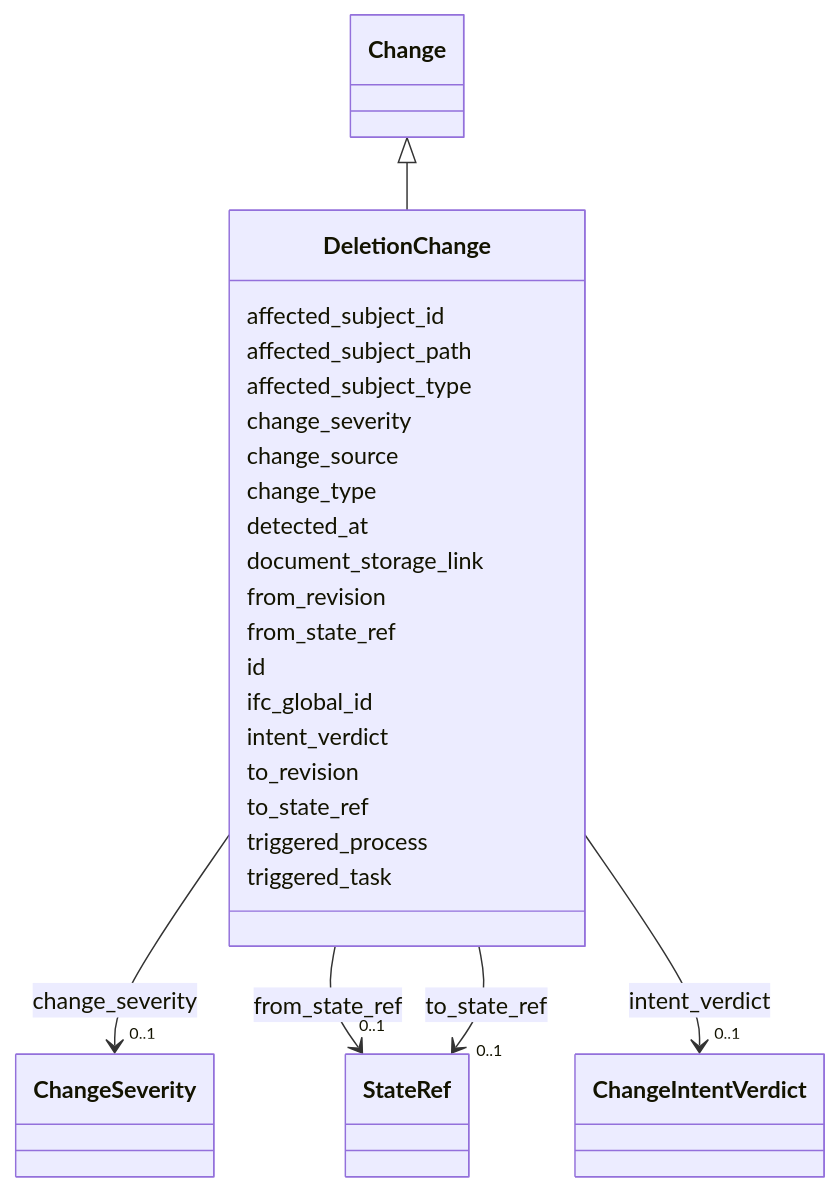
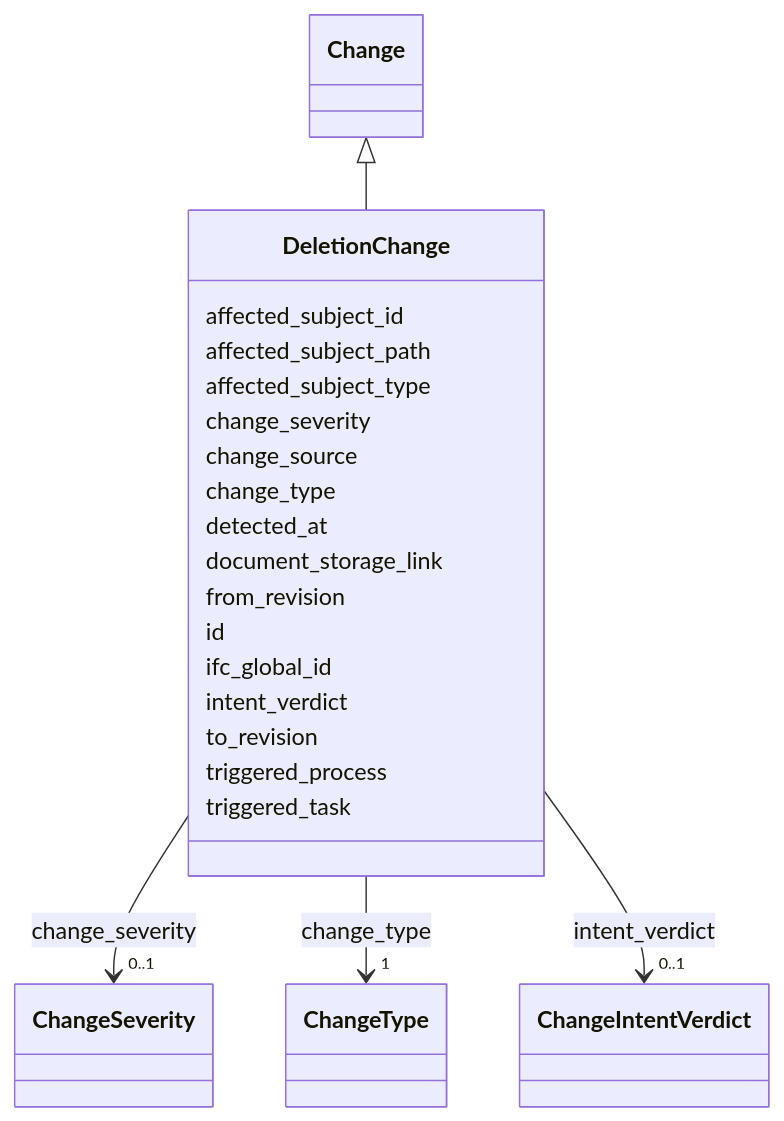
Before and after one commit to simondilhas/pragmatic-bim-schema: the diagram in site/schema/DeletionChange.md, drawn with Mermaid. The commit also changed other lines of this file and 443 other files, not shown here.

````diff
--- a/site/schema/DeletionChange.md
+++ b/site/schema/DeletionChange.md
@@ -23,32 +23,28 @@
 ```mermaid
  classDiagram
     class DeletionChange
     click DeletionChange href "./DeletionChange.html"
       Change <|-- DeletionChange
         click Change href "./Change.html"
       DeletionChange : affected_subject_id
       DeletionChange : affected_subject_path
       DeletionChange : affected_subject_type
       DeletionChange : change_severity
         DeletionChange --> "0..1" ChangeSeverity : change_severity
         click ChangeSeverity href "./ChangeSeverity.html"
       DeletionChange : change_source
       DeletionChange : change_type
+        DeletionChange --> "1" ChangeType : change_type
+        click ChangeType href "./ChangeType.html"
       DeletionChange : detected_at
       DeletionChange : document_storage_link
       DeletionChange : from_revision
-      DeletionChange : from_state_ref
-        DeletionChange --> "0..1" StateRef : from_state_ref
-        click StateRef href "./StateRef.html"
       DeletionChange : id
       DeletionChange : ifc_global_id
       DeletionChange : intent_verdict
         DeletionChange --> "0..1" ChangeIntentVerdict : intent_verdict
         click ChangeIntentVerdict href "./ChangeIntentVerdict.html"
       DeletionChange : to_revision
-      DeletionChange : to_state_ref
-        DeletionChange --> "0..1" StateRef : to_state_ref
-        click StateRef href "./StateRef.html"
       DeletionChange : triggered_process
       DeletionChange : triggered_task
 ```
````
